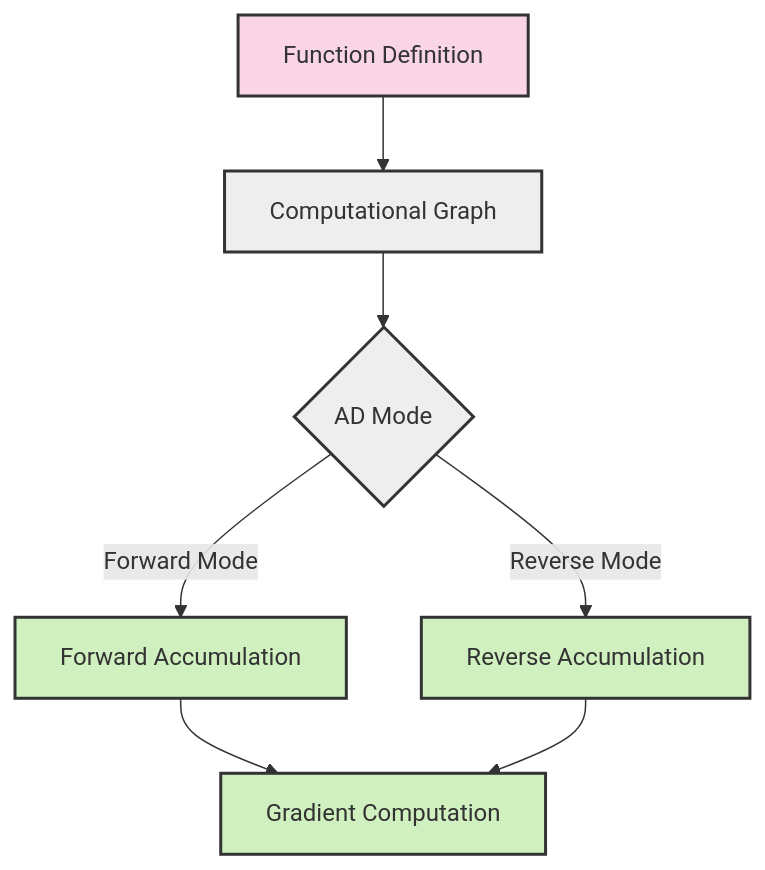
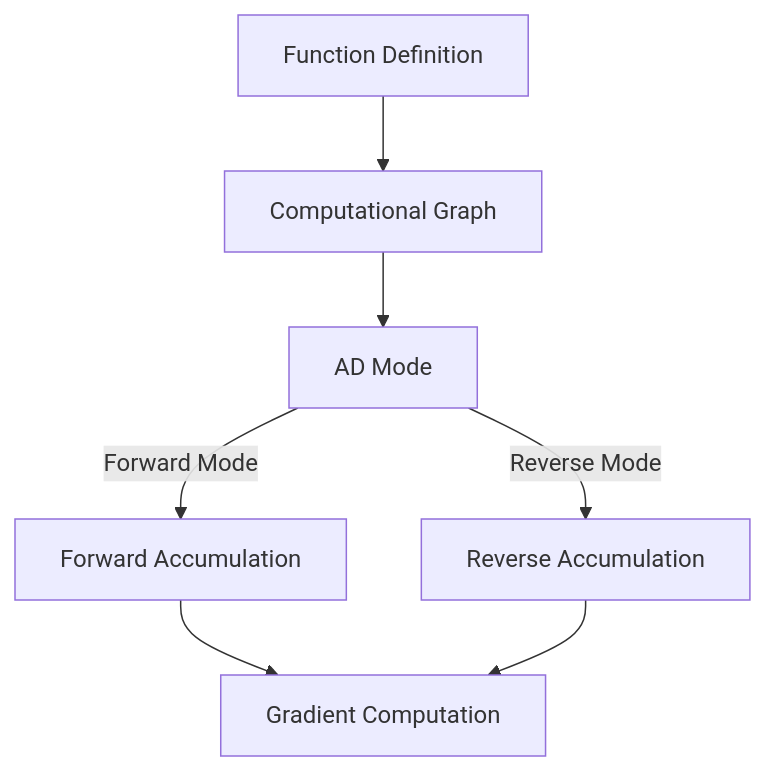
The diagram in docs/aidocs/AUTODIFF.md (tsotchke/eshkol), drawn with Mermaid before and after one commit. The commit also changed other lines of this file and 5 other files, not shown here.

````diff
--- a/docs/aidocs/AUTODIFF.md
+++ b/docs/aidocs/AUTODIFF.md
@@ -7,16 +15,9 @@
 ```mermaid
 graph TD
     A[Function Definition] --> B[Computational Graph]
-    B --> C{AD Mode}
+    B --> C[AD Mode]
     C -->|Forward Mode| D[Forward Accumulation]
     C -->|Reverse Mode| E[Reverse Accumulation]
     D --> F[Gradient Computation]
     E --> F
-    
-    style A fill:#f9d5e5,stroke:#333,stroke-width:2px
-    style B fill:#eeeeee,stroke:#333,stroke-width:2px
-    style C fill:#eeeeee,stroke:#333,stroke-width:2px
-    style D fill:#d0f0c0,stroke:#333,stroke-width:2px
-    style E fill:#d0f0c0,stroke:#333,stroke-width:2px
-    style F fill:#d0f0c0,stroke:#333,stroke-width:2px
 ```
````
